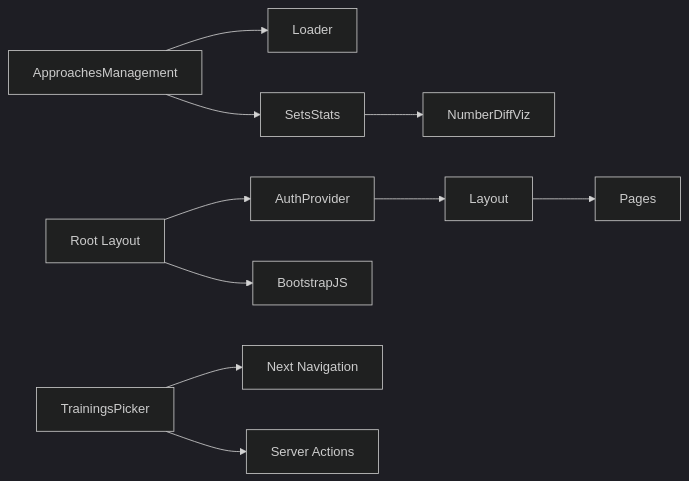
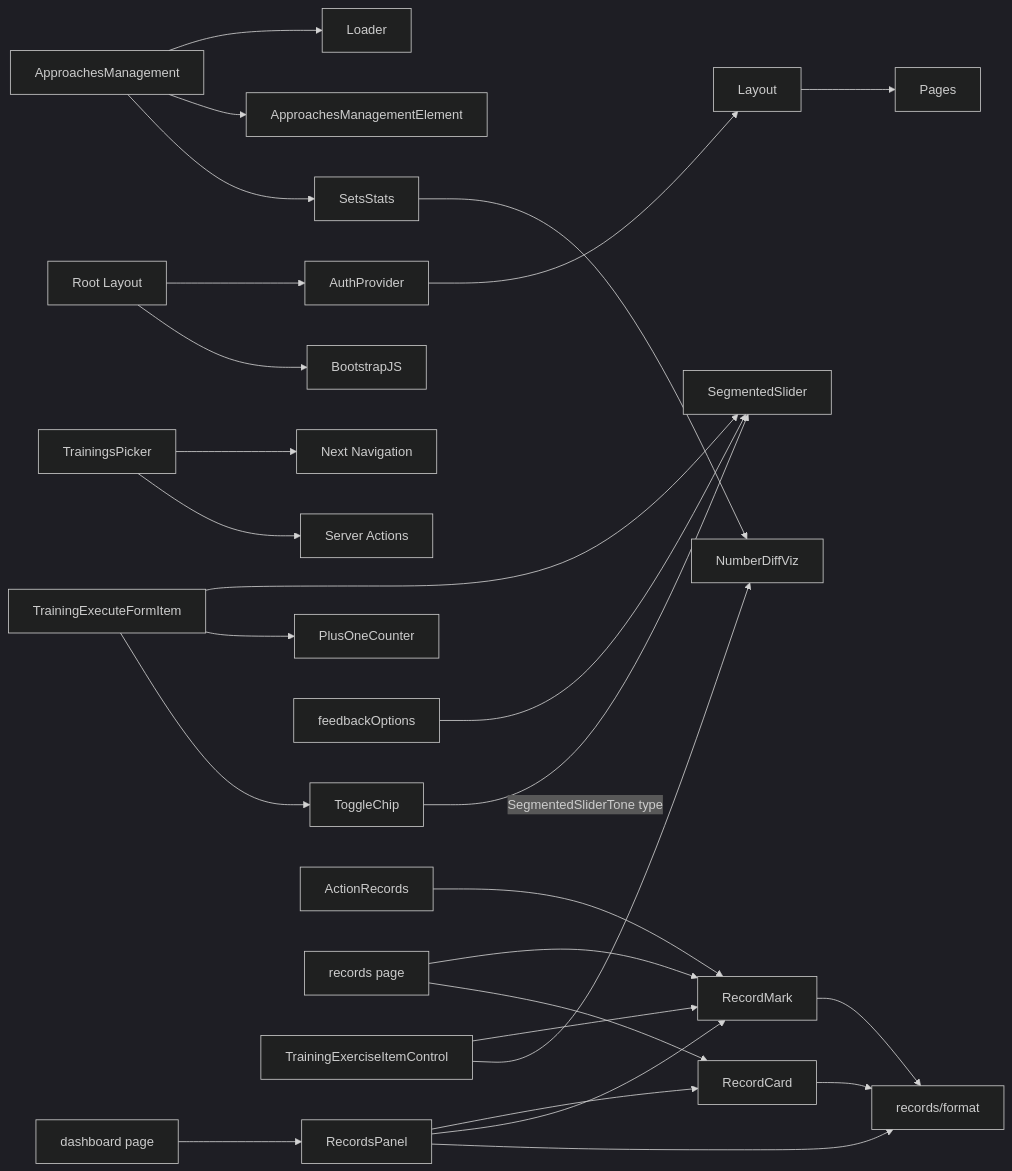
Before and after one commit to Dezzpil/meingym: diagram 13 of 13 in .qoder/repowiki/en/content/Architecture Overview/Shared Components.md, drawn with Mermaid (dark theme). The commit also changed other lines of this file and 12 other files, not shown here.

````diff
--- a/.qoder/repowiki/en/content/Architecture Overview/Shared Components.md
+++ b/.qoder/repowiki/en/content/Architecture Overview/Shared Components.md
@@ -413,12 +598,29 @@
 ```mermaid
 graph LR
 Root["Root Layout"] --> Auth["AuthProvider"]
 Auth --> Layout["Layout"]
 Layout --> Pages["Pages"]
 ApproachesMgmt["ApproachesManagement"] --> Loader
+ApproachesMgmt --> Elem["ApproachesManagementElement"]
 ApproachesMgmt --> Stats["SetsStats"]
 Stats --> Diff["NumberDiffViz"]
 TrainingsPicker --> Nav["Next Navigation"]
 TrainingsPicker --> Actions["Server Actions"]
 Root --> Bootstrap["BootstrapJS"]
+ExecForm["TrainingExecuteFormItem"] --> Slider["SegmentedSlider"]
+ExecForm --> Counter["PlusOneCounter"]
+ExecForm --> Chip["ToggleChip"]
+FeedbackOpts["feedbackOptions"] --> Slider
+Chip --> |SegmentedSliderTone type| Slider
+Panel["RecordsPanel"] --> Card["RecordCard"]
+Panel --> Mark["RecordMark"]
+Panel --> Format["records/format"]
+Card --> Format
+Mark --> Format
+ActionRecords --> Mark
+RecordsPage["records page"] --> Mark
+RecordsPage --> Card
+ExerciseControl["TrainingExerciseItemControl"] --> Mark
+ExerciseControl --> Diff
+Dashboard["dashboard page"] --> Panel
 ```
````
